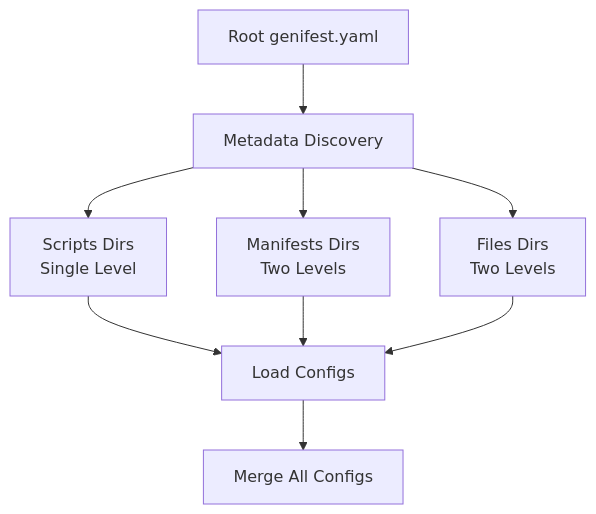
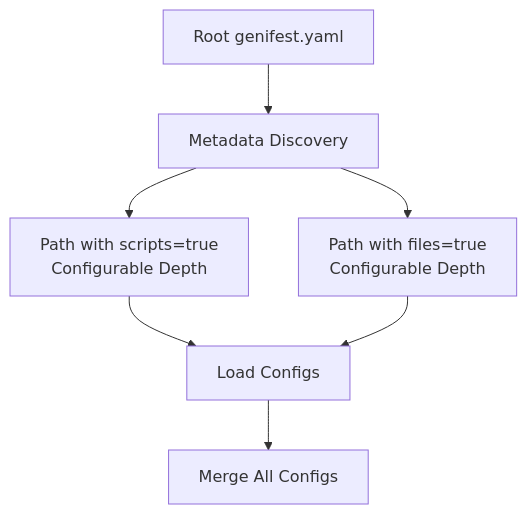
One commit to zostay/genifest changed the diagram in docs/user-guide/concepts.md. Above: the diagram before and after it, drawn with Mermaid. The commit also changed other lines of this file and 6 other files, not shown here.

````diff
--- a/docs/user-guide/concepts.md
+++ b/docs/user-guide/concepts.md
@@ -18,11 +18,9 @@
 ```mermaid
 graph TD
     A[Root genifest.yaml] --> B[Metadata Discovery]
-    B --> C[Scripts Dirs<br/>Single Level]
-    B --> D[Manifests Dirs<br/>Two Levels]
-    B --> E[Files Dirs<br/>Two Levels]
+    B --> C[Path with scripts=true<br/>Configurable Depth]
+    B --> D[Path with files=true<br/>Configurable Depth]
     C --> F[Load Configs]
     D --> F
-    E --> F
     F --> G[Merge All Configs]
 ```
````
